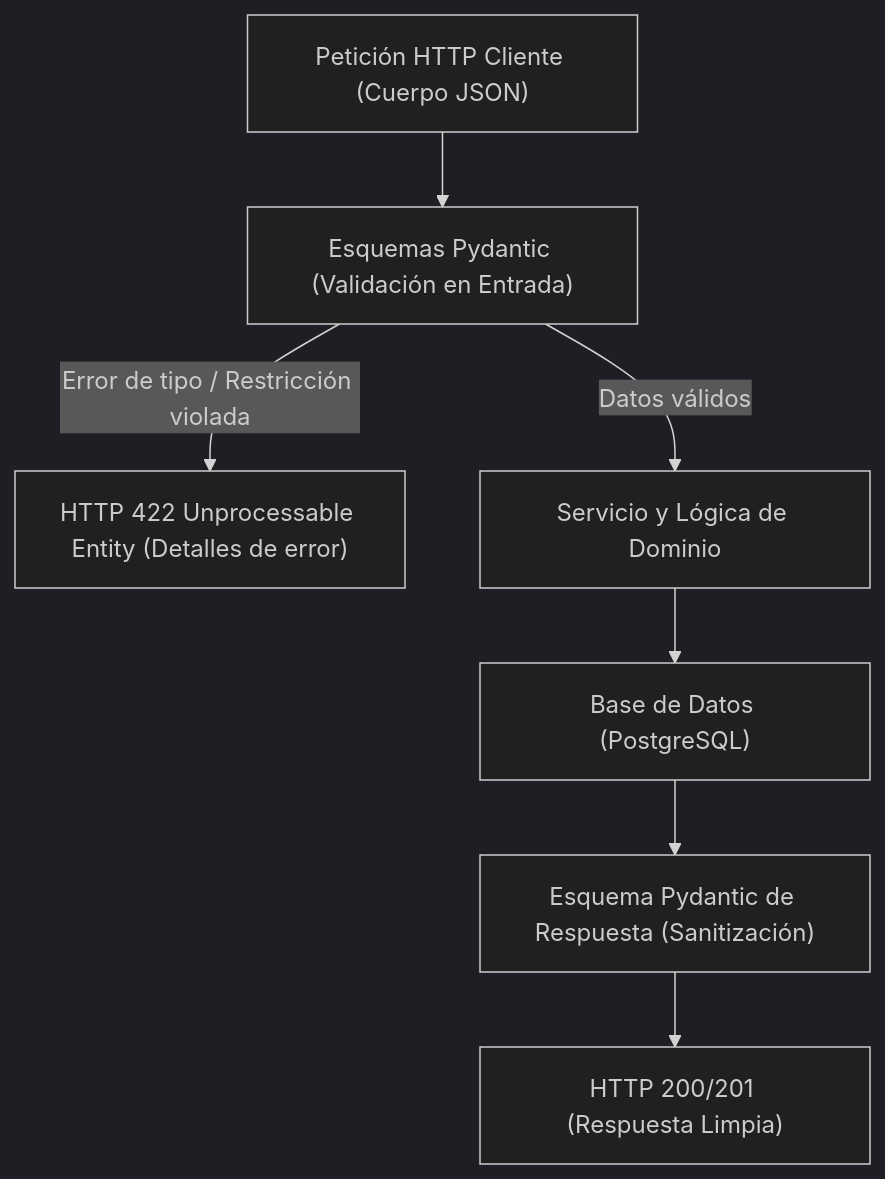
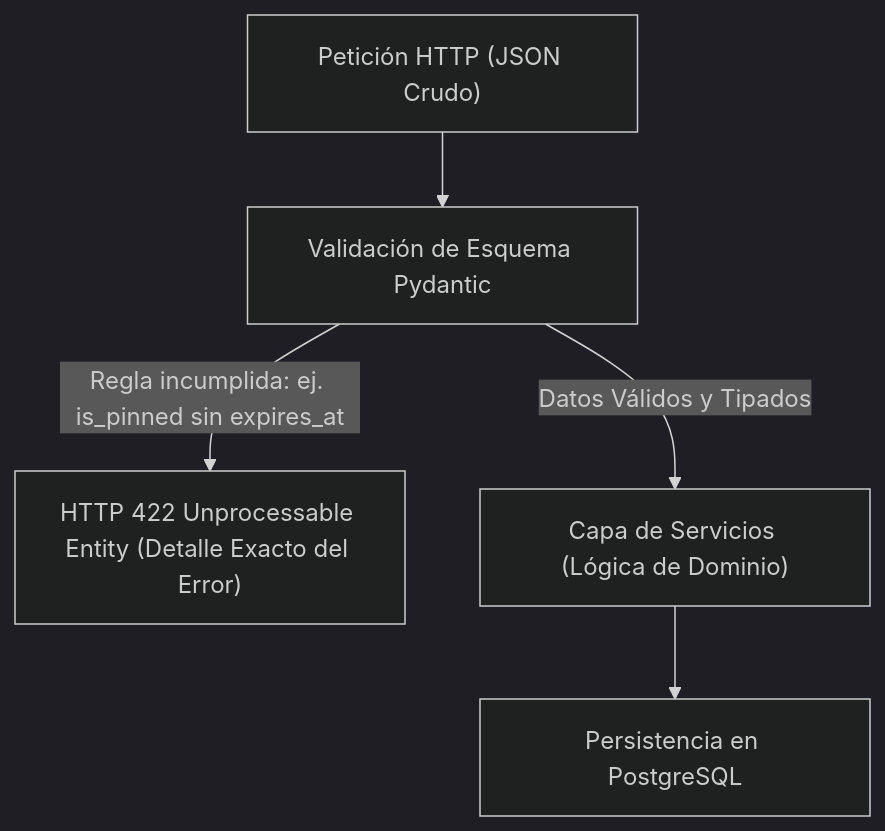
The second of 3 diagrams in content/posts/upa-campus-app-architecture-part-5/index.es.md (Pascal-Thommen/pascal-thommen.github.io), drawn with Mermaid (dark theme) before and after one commit. The commit also changed other lines of this file and 20 other files, not shown here.

Commit message:
feat(posts): refine UPA Campus App architecture series with holistic webapp mental model and specification depth

````diff
--- a/content/posts/upa-campus-app-architecture-part-5/index.es.md
+++ b/content/posts/upa-campus-app-architecture-part-5/index.es.md
@@ -94,9 +57,7 @@
 ```mermaid
 flowchart TD
-    ClientReq["Petición HTTP Cliente (Cuerpo JSON)"] --> Parser["Esquemas Pydantic (Validación en Entrada)"]
-    Parser -->|Error de tipo / Restricción violada| ErrResp["HTTP 422 Unprocessable Entity (Detalles de error)"]
-    Parser -->|Datos válidos| Domain["Servicio y Lógica de Dominio"]
-    Domain --> DB["Base de Datos (PostgreSQL)"]
-    DB --> OutSchema["Esquema Pydantic de Respuesta (Sanitización)"]
-    OutSchema --> ClientResp["HTTP 200/201 (Respuesta Limpia)"]
+    ClientReq["Petición HTTP (JSON Crudo)"] --> Parser["Validación de Esquema Pydantic"]
+    Parser -->|Regla incumplida: ej. is_pinned sin expires_at| ErrResp["HTTP 422 Unprocessable Entity (Detalle Exacto del Error)"]
+    Parser -->|Datos Válidos y Tipados| Domain["Capa de Servicios (Lógica de Dominio)"]
+    Domain --> DB["Persistencia en PostgreSQL"]
 ```
````
